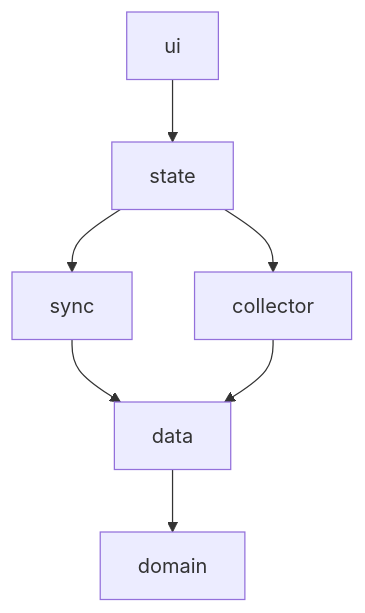
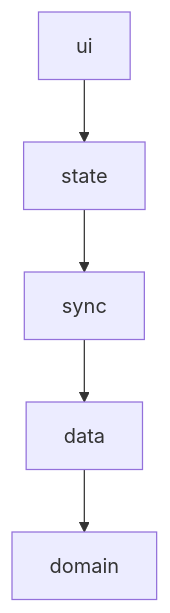
Before and after one commit to danbro96/LupiraAssistant: the second of 2 diagrams in docs/app-backbone.md, drawn with Mermaid. The commit also changed other lines of this file and 107 other files, not shown here.

````diff
--- a/docs/app-backbone.md
+++ b/docs/app-backbone.md
@@ -41,9 +38,7 @@
 ```mermaid
 graph TD
   ui --> state
   state --> sync
-  state --> collector
   sync --> data
-  collector --> data
   data --> domain
 ```
````
